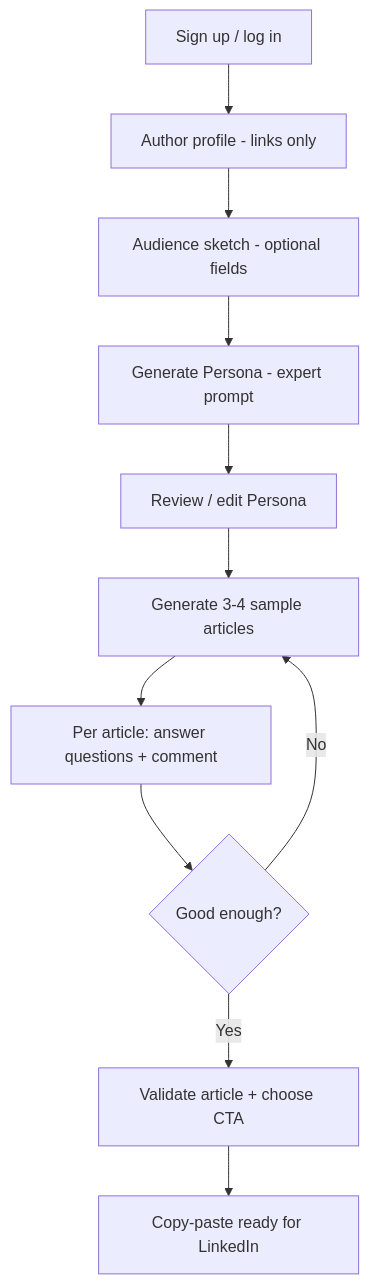
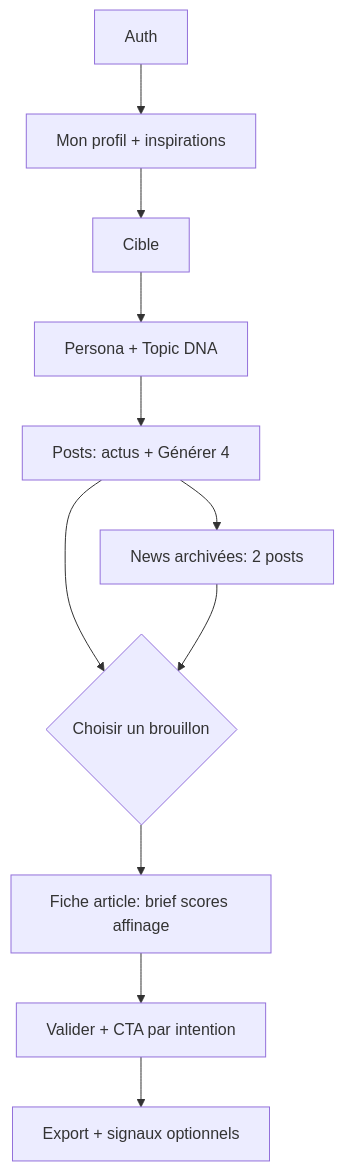
The diagram in docs/PRD.md (gregoryprudhommeaux-ops/ultra-content-maker), drawn with Mermaid before and after one commit. The commit also changed other lines of this file and 52 other files, not shown here.

````diff
--- a/docs/PRD.md
+++ b/docs/PRD.md
@@ -54,13 +108,13 @@
 ```mermaid
 flowchart TD
-  A[Sign up / log in] --> B[Author profile - links only]
-  B --> C[Audience sketch - optional fields]
-  C --> D[Generate Persona - expert prompt]
-  D --> E[Review / edit Persona]
-  E --> F[Generate 3-4 sample articles]
-  F --> G[Per article: answer questions + comment]
-  G --> H{Good enough?}
-  H -->|No| F
-  H -->|Yes| I[Validate article + choose CTA]
-  I --> J[Copy-paste ready for LinkedIn]
+  A[Auth] --> B[Mon profil + inspirations]
+  B --> C[Cible]
+  C --> D[Persona + Topic DNA]
+  D --> E[Posts: actus + Générer 4]
+  E --> F{Choisir un brouillon}
+  F --> G[Fiche article: brief scores affinage]
+  G --> H[Valider + CTA par intention]
+  H --> I[Export + signaux optionnels]
+  E --> N[News archivées: 2 posts]
+  N --> F
 ```
````
